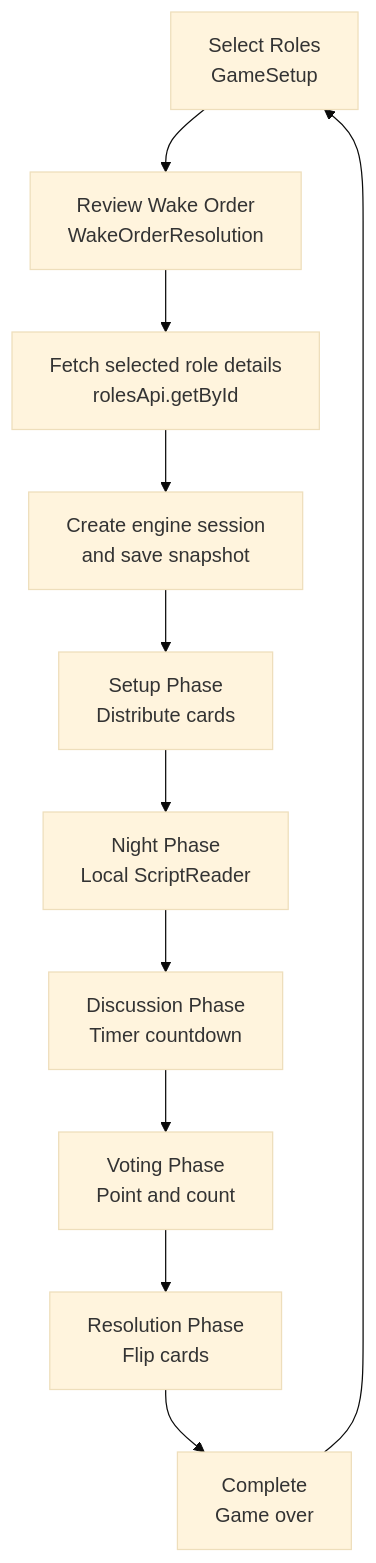
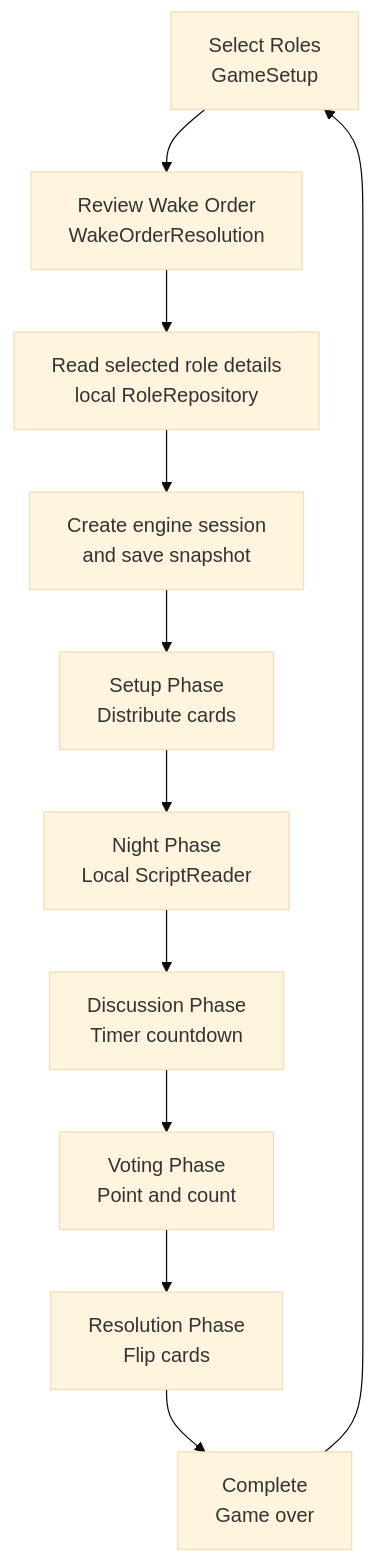
One commit to threnjen/yourwolf-monorepo changed the third of 3 diagrams in docs/ARCHITECTURE.md. Above: the diagram before and after it, drawn with Mermaid (base theme). The commit also changed other lines of this file and 171 other files, not shown here.

````diff
--- a/docs/ARCHITECTURE.md
+++ b/docs/ARCHITECTURE.md
@@ -215,14 +221,14 @@
 ```mermaid
 %% Current local game flow through all persisted phases.
 flowchart TD
     A[Select Roles<br>GameSetup] --> B[Review Wake Order<br>WakeOrderResolution]
-    B --> C[Fetch selected role details<br>rolesApi.getById]
+    B --> C[Read selected role details<br>local RoleRepository]
     C --> D[Create engine session<br>and save snapshot]
     D --> E[Setup Phase<br>Distribute cards]
     E --> F[Night Phase<br>Local ScriptReader]
     F --> G[Discussion Phase<br>Timer countdown]
     G --> H[Voting Phase<br>Point and count]
     H --> I[Resolution Phase<br>Flip cards]
     I --> J[Complete<br>Game over]
     J --> A
 ```
````
